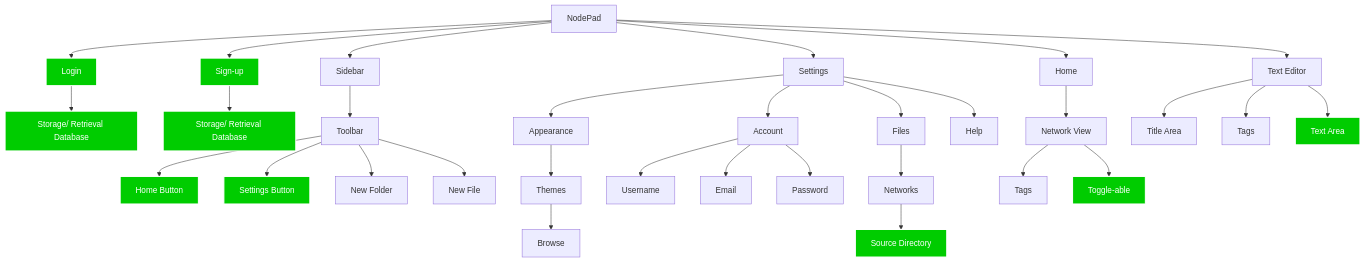
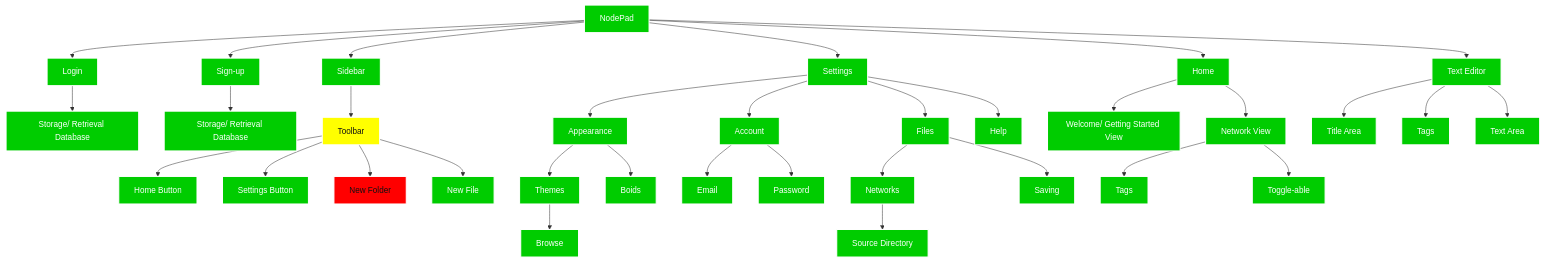
The third of 3 diagrams in writeup/2 - Iterative Development/2.3-Iteration3/2.3.5-evaluation.md (samcalthrop/NodePad), drawn with Mermaid before and after one commit. The commit also changed other lines of this file and 74 other files, not shown here.

````diff
--- a/writeup/2 - Iterative Development/2.3-Iteration3/2.3.5-evaluation.md
+++ b/writeup/2 - Iterative Development/2.3-Iteration3/2.3.5-evaluation.md
@@ -111,44 +111,46 @@
 ```mermaid
 
 flowchart TD
 
 	A --> U[Login]:::g
 	U --> ZA[Storage/ Retrieval Database]:::g
 
 	A --> Z[Sign-up]:::g
 	Z --> ZU[Storage/ Retrieval Database]:::g
 
-  A[NodePad] --> B[Sidebar]
-  B --> C[Toolbar]
+  A[NodePad]:::g --> B[Sidebar]:::g
+  B --> C[Toolbar]:::y
   C --> E[Home Button]:::g
   C --> F[Settings Button]:::g
-  C --> ZM[New Folder]
-  C --> J[New File]
+  C --> ZM[New Folder]:::r
+  C --> J[New File]:::g
 
-  A --> ZE[Settings]
-  ZE --> G[Appearance]
-  G --> H[Themes]
-  H --> Browse
-  ZE --> ZG[Account]
-  ZG --> ZR[Username]
-  ZG --> ZS[Email]
-  ZG --> ZT[Password]
-  ZE --> Y[Files]
-  Y --> ZF[Networks]
+  A --> ZE[Settings]:::g
+  ZE --> G[Appearance]:::g
+  G --> H[Themes]:::g
+  G --> Boids:::g
+  H --> Browse:::g
+  ZE --> ZG[Account]:::g
+  ZG --> ZS[Email]:::g
+  ZG --> ZT[Password]:::g
+  ZE --> Y[Files]:::g
+  Y --> ZF[Networks]:::g
   ZF --> ZN[Source Directory]:::g
-  ZE --> Help
+  Y --> Saving:::g
+  ZE --> Help:::g
 
-  A --> K[Home]
-  K --> M[Network View]
-  M --> Tags
+  A --> K[Home]:::g
+  K --> L[Welcome/ Getting Started View]:::g
+  K --> M[Network View]:::g
+  M --> Tags:::g
   M --> Toggle-able:::g
 
-  A --> Q[Text Editor]
-  Q --> R[Title Area]
-  Q --> S[Tags]
+  A --> Q[Text Editor]:::g
+  Q --> R[Title Area]:::g
+  Q --> S[Tags]:::g
   Q --> T[Text Area]:::g
 
   classDef g fill:#00cc00,stroke:#fff,stroke-width:2px,color:#fff
   classDef y fill:#ffff00,stroke:#fff,stroke-width:2px,color:#111
   classDef r fill:#ff0000,stroke:#fff,stroke-width:2px,color:#111
 ```
````
